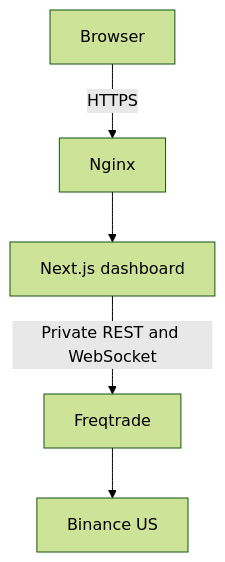
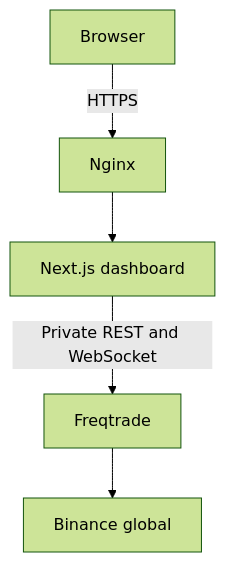
One commit to coylin-zy/binance-bot changed the diagram in README.md. Above: the diagram before and after it, drawn with Mermaid (forest theme). The commit also changed other lines of this file and 25 other files, not shown here.

````diff
--- a/README.md
+++ b/README.md
@@ -27,7 +28,7 @@
 ```mermaid
 flowchart TD
     U["Browser"] -->|HTTPS| N["Nginx"]
     N --> D["Next.js dashboard"]
     D -->|Private REST and WebSocket| F["Freqtrade"]
-    F --> E["Binance US"]
+    F --> E["Binance global"]
 ```
````
